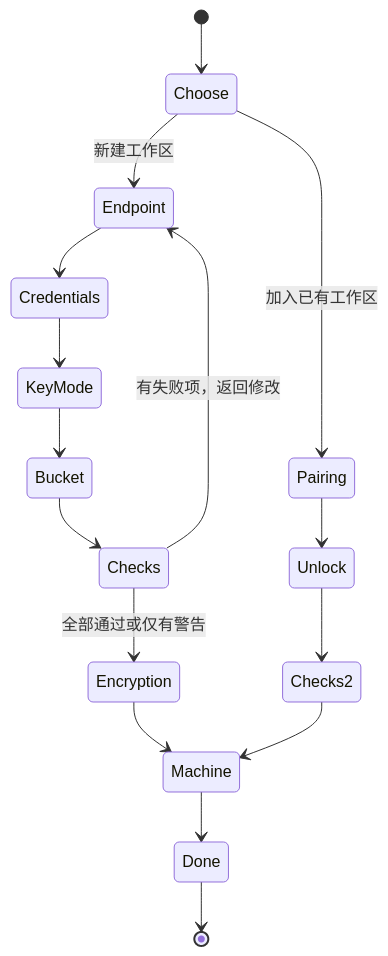
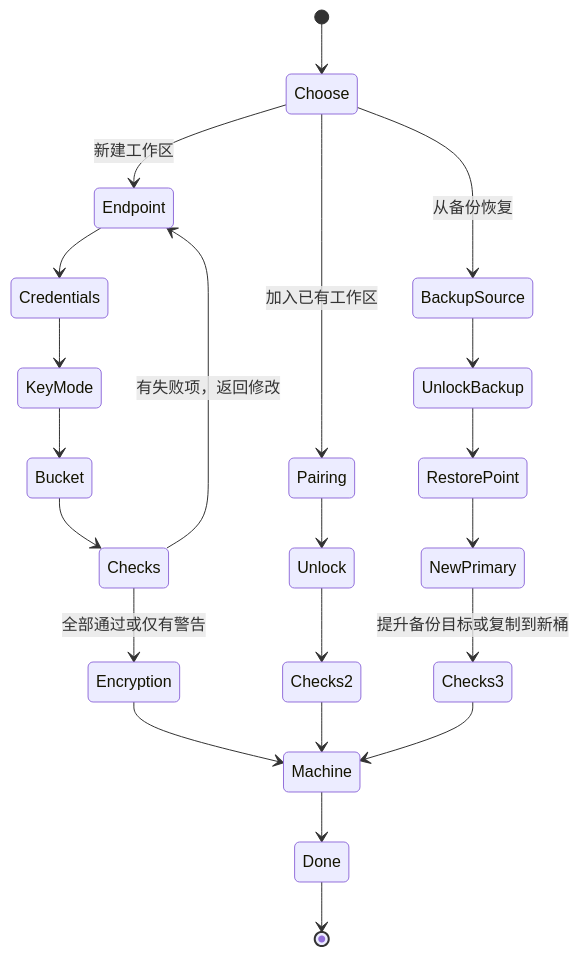
One commit to kverona-ai/workroam changed the third of 12 diagrams in docs/architecture.md. Above: the diagram before and after it, drawn with Mermaid. The commit also changed other lines of this file and 8 other files, not shown here.

First line of the commit message:
docs: add workspace backup and restore

````diff
--- a/docs/architecture.md
+++ b/docs/architecture.md
@@ -374,18 +395,24 @@
 ```mermaid
 stateDiagram-v2
     [*] --> Choose
     Choose --> Endpoint: 新建工作区
     Choose --> Pairing: 加入已有工作区
+    Choose --> BackupSource: 从备份恢复
     Endpoint --> Credentials
     Credentials --> KeyMode
     KeyMode --> Bucket
     Bucket --> Checks
     Checks --> Endpoint: 有失败项，返回修改
     Checks --> Encryption: 全部通过或仅有警告
     Encryption --> Machine
     Pairing --> Unlock
     Unlock --> Checks2
     Checks2 --> Machine
+    BackupSource --> UnlockBackup
+    UnlockBackup --> RestorePoint
+    RestorePoint --> NewPrimary
+    NewPrimary --> Checks3: 提升备份目标或复制到新桶
+    Checks3 --> Machine
     Machine --> Done
     Done --> [*]
 ```
````
